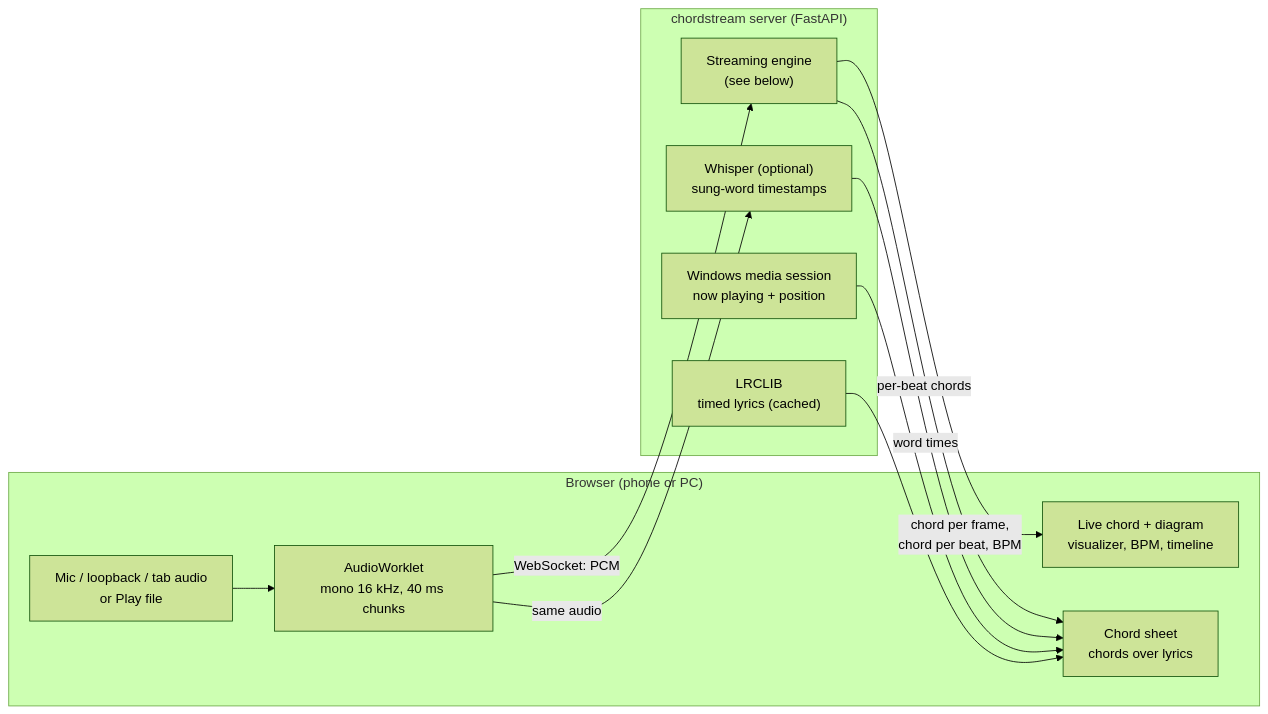
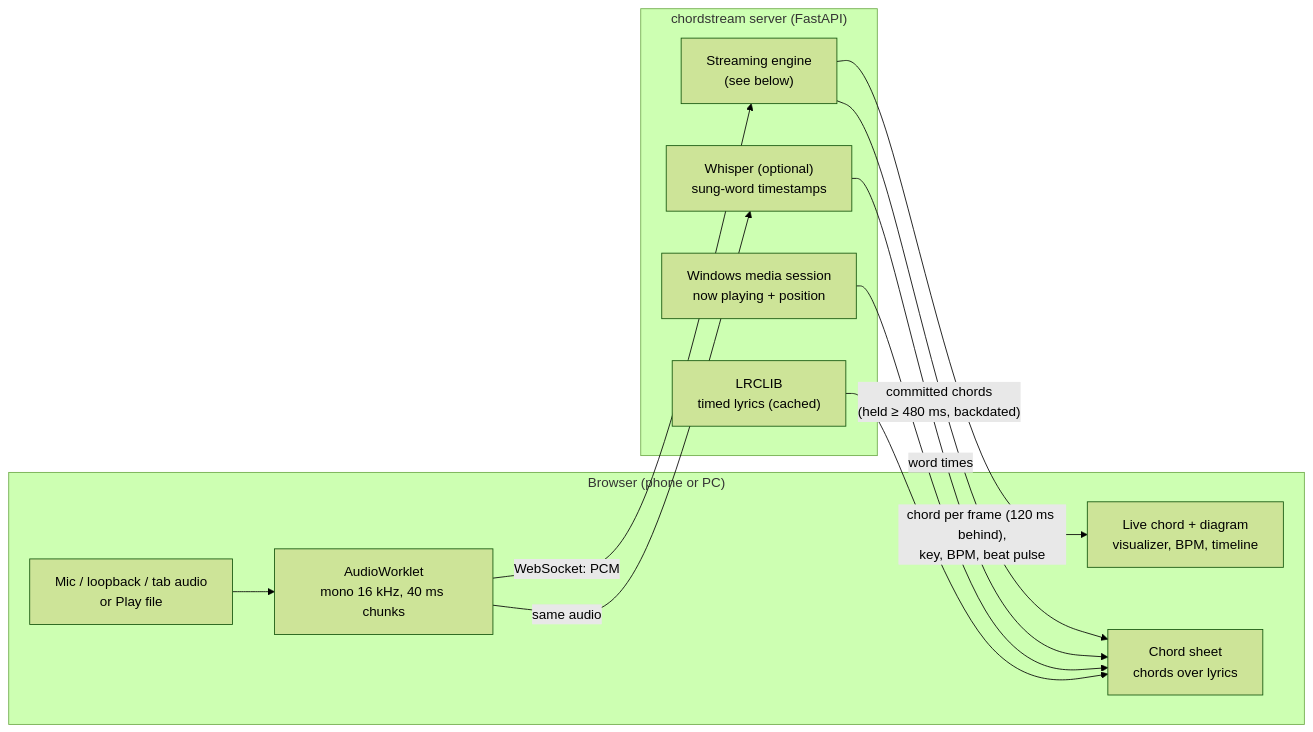
The first of 4 diagrams in README.md (helloparthshah/chordstream), drawn with Mermaid (forest theme) before and after one commit. The commit also changed other lines of this file and 4 other files, not shown here.

````diff
--- a/README.md
+++ b/README.md
@@ -17,21 +18,21 @@
 ```mermaid
 flowchart LR
     subgraph Browser["Browser (phone or PC)"]
         SRC["Mic / loopback / tab audio<br/>or Play file"] --> WL["AudioWorklet<br/>mono 16 kHz, 40 ms chunks"]
         UI["Live chord + diagram<br/>visualizer, BPM, timeline"]
         SHEET["Chord sheet<br/>chords over lyrics"]
     end
     subgraph Server["chordstream server (FastAPI)"]
         ENG["Streaming engine<br/>(see below)"]
         ASR["Whisper (optional)<br/>sung-word timestamps"]
         NP["Windows media session<br/>now playing + position"]
         LY["LRCLIB<br/>timed lyrics (cached)"]
     end
     WL -- "WebSocket: PCM" --> ENG
     WL -- "same audio" --> ASR
-    ENG -- "chord per frame,<br/>chord per beat, BPM" --> UI
-    ENG -- "per-beat chords" --> SHEET
+    ENG -- "chord per frame (120 ms behind),<br/>key, BPM, beat pulse" --> UI
+    ENG -- "committed chords<br/>(held ≥ 480 ms, backdated)" --> SHEET
     ASR -- "word times" --> SHEET
     NP --> SHEET
     LY --> SHEET
 ```
````
